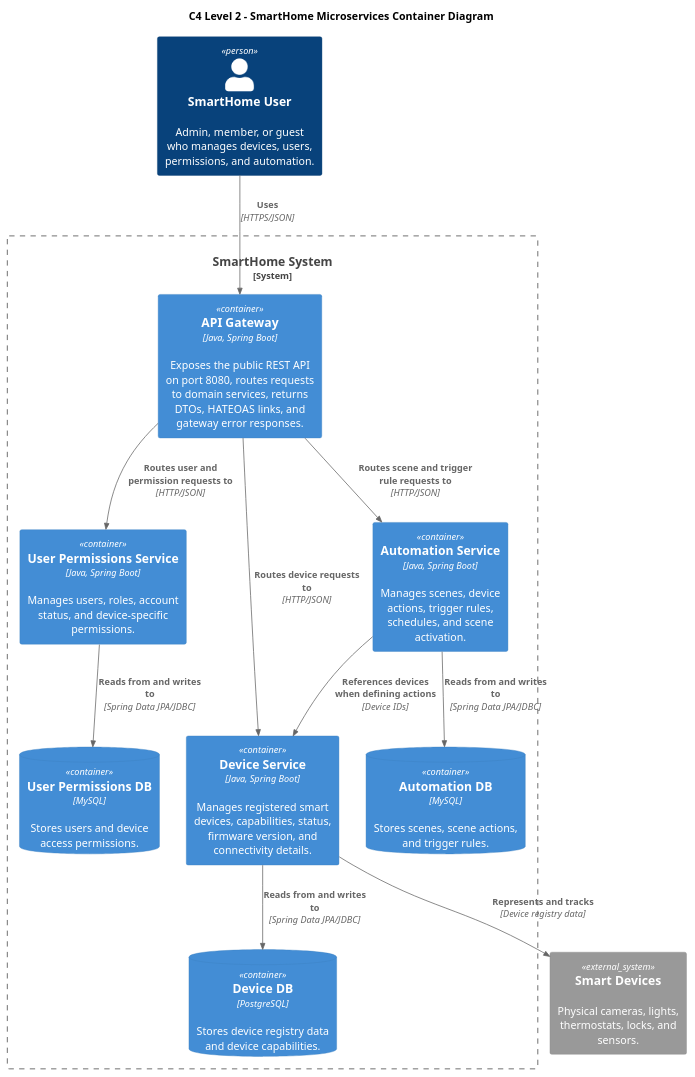
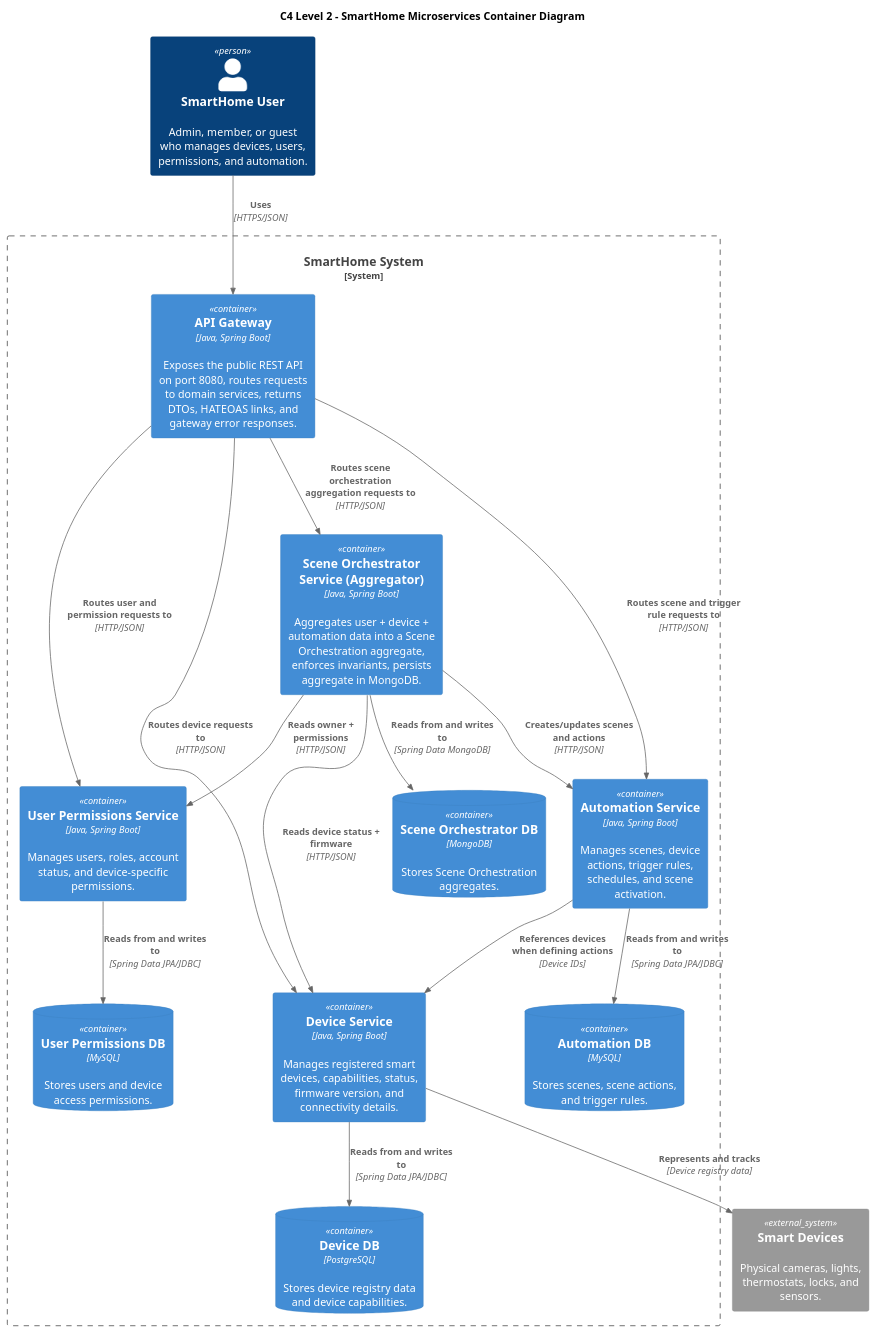
The diagram in diagrams/C4_Level2_container.puml (Saurya88/SmartHome-MS), drawn with PlantUML before and after one commit. The commit also changed 71 other files, not shown here.

```diff
--- a/diagrams/C4_Level2_container.puml
+++ b/diagrams/C4_Level2_container.puml
@@ -1,37 +1,44 @@
 @startuml
 !include https://raw.githubusercontent.com/plantuml-stdlib/C4-PlantUML/master/C4_Container.puml
 
 LAYOUT_TOP_DOWN()
 
 title C4 Level 2 - SmartHome Microservices Container Diagram
 
 Person(homeowner, "SmartHome User", "Admin, member, or guest who manages devices, users, permissions, and automation.")
 
 System_Boundary(smarthome, "SmartHome System") {
     Container(api_gateway, "API Gateway", "Java, Spring Boot", "Exposes the public REST API on port 8080, routes requests to domain services, returns DTOs, HATEOAS links, and gateway error responses.")
 
     Container(user_permissions_service, "User Permissions Service", "Java, Spring Boot", "Manages users, roles, account status, and device-specific permissions.")
     Container(device_service, "Device Service", "Java, Spring Boot", "Manages registered smart devices, capabilities, status, firmware version, and connectivity details.")
     Container(automation_service, "Automation Service", "Java, Spring Boot", "Manages scenes, device actions, trigger rules, schedules, and scene activation.")
+    Container(scene_orchestrator_service, "Scene Orchestrator Service (Aggregator)", "Java, Spring Boot", "Aggregates user + device + automation data into a Scene Orchestration aggregate, enforces invariants, persists aggregate in MongoDB.")
 
     ContainerDb(user_permissions_db, "User Permissions DB", "MySQL", "Stores users and device access permissions.")
     ContainerDb(device_db, "Device DB", "PostgreSQL", "Stores device registry data and device capabilities.")
     ContainerDb(automation_db, "Automation DB", "MySQL", "Stores scenes, scene actions, and trigger rules.")
+    ContainerDb(scene_orchestrator_db, "Scene Orchestrator DB", "MongoDB", "Stores Scene Orchestration aggregates.")
 }
 
 System_Ext(smart_devices, "Smart Devices", "Physical cameras, lights, thermostats, locks, and sensors.")
 
 Rel(homeowner, api_gateway, "Uses", "HTTPS/JSON")
 
 Rel(api_gateway, user_permissions_service, "Routes user and permission requests to", "HTTP/JSON")
 Rel(api_gateway, device_service, "Routes device requests to", "HTTP/JSON")
 Rel(api_gateway, automation_service, "Routes scene and trigger rule requests to", "HTTP/JSON")
+Rel(api_gateway, scene_orchestrator_service, "Routes scene orchestration aggregation requests to", "HTTP/JSON")
 
 Rel(user_permissions_service, user_permissions_db, "Reads from and writes to", "Spring Data JPA/JDBC")
 Rel(device_service, device_db, "Reads from and writes to", "Spring Data JPA/JDBC")
 Rel(automation_service, automation_db, "Reads from and writes to", "Spring Data JPA/JDBC")
+Rel(scene_orchestrator_service, scene_orchestrator_db, "Reads from and writes to", "Spring Data MongoDB")
 
 Rel(device_service, smart_devices, "Represents and tracks", "Device registry data")
 Rel(automation_service, device_service, "References devices when defining actions", "Device IDs")
+Rel(scene_orchestrator_service, user_permissions_service, "Reads owner + permissions", "HTTP/JSON")
+Rel(scene_orchestrator_service, device_service, "Reads device status + firmware", "HTTP/JSON")
+Rel(scene_orchestrator_service, automation_service, "Creates/updates scenes and actions", "HTTP/JSON")
 
 @enduml
```
